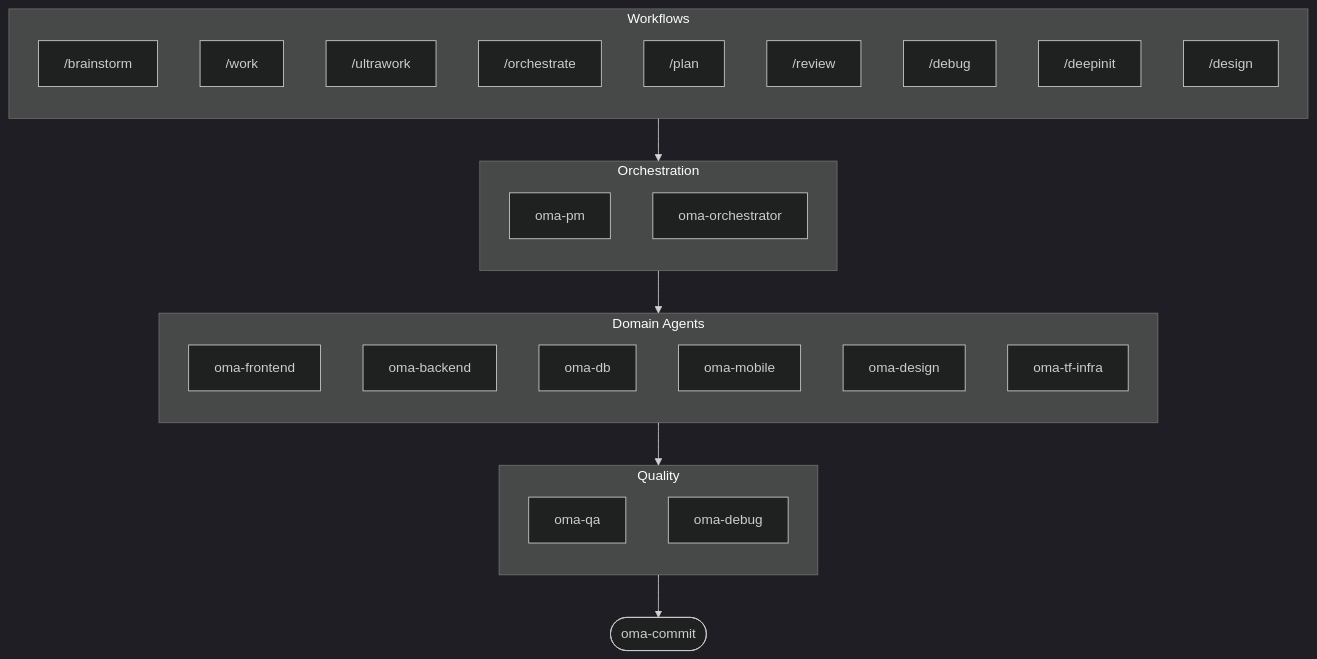
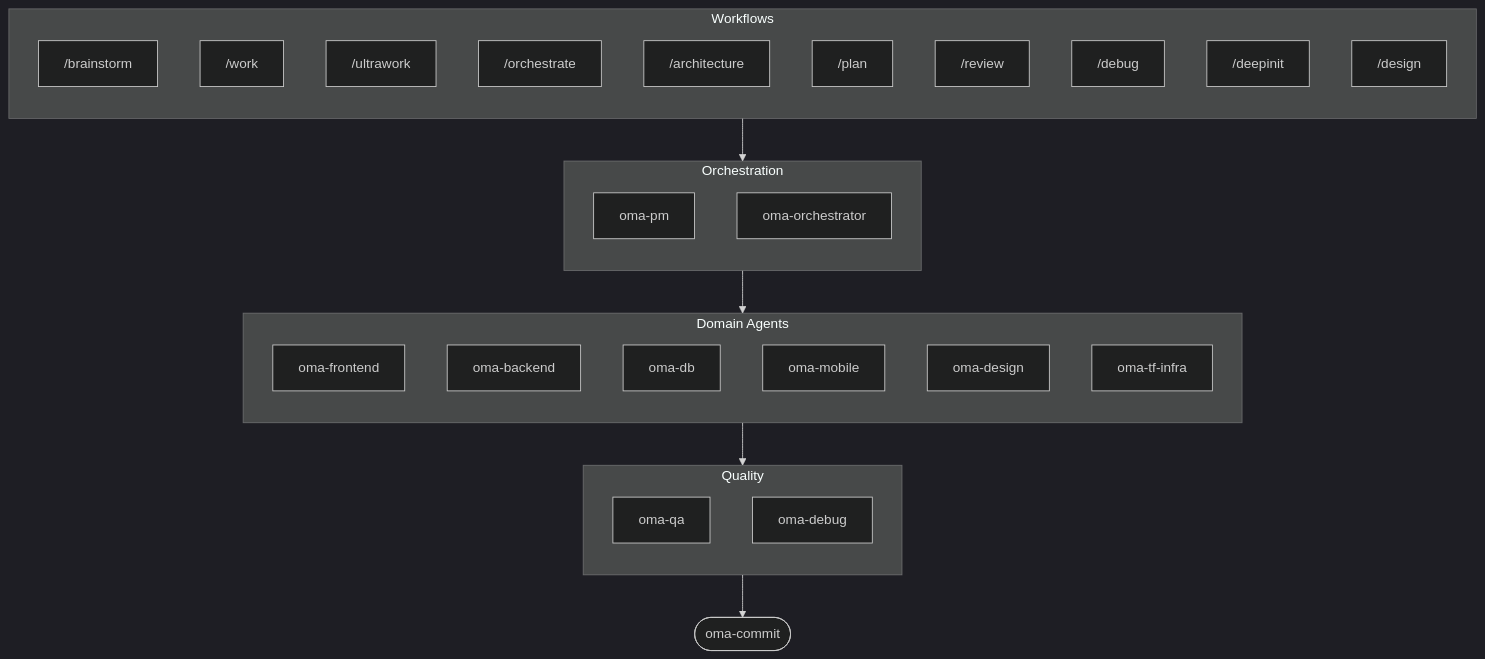
The diagram in README.md (evehour/oh-my-agent), drawn with Mermaid (dark theme) before and after one commit. The commit also changed other lines of this file and 62 other files, not shown here.

````diff
--- a/README.md
+++ b/README.md
@@ -112,42 +114,43 @@
 ```mermaid
 flowchart TD
     subgraph Workflows["Workflows"]
         direction TB
         W0["/brainstorm"]
         W1["/work"]
         W1b["/ultrawork"]
         W2["/orchestrate"]
-        W3["/plan"]
-        W4["/review"]
-        W5["/debug"]
-        W6["/deepinit"]
-        W7["/design"]
+        W3["/architecture"]
+        W4["/plan"]
+        W5["/review"]
+        W6["/debug"]
+        W7["/deepinit"]
+        W8["/design"]
     end
 
     subgraph Orchestration["Orchestration"]
         direction TB
         PM[oma-pm]
         ORC[oma-orchestrator]
     end
 
     subgraph Domain["Domain Agents"]
         direction TB
         FE[oma-frontend]
         BE[oma-backend]
         DB[oma-db]
         MB[oma-mobile]
         DES[oma-design]
         TF[oma-tf-infra]
     end
 
     subgraph Quality["Quality"]
         direction TB
         QA[oma-qa]
         DBG[oma-debug]
     end
 
     Workflows --> Orchestration
     Orchestration --> Domain
     Domain --> Quality
     Quality --> CMT([oma-commit])
 ```
````
